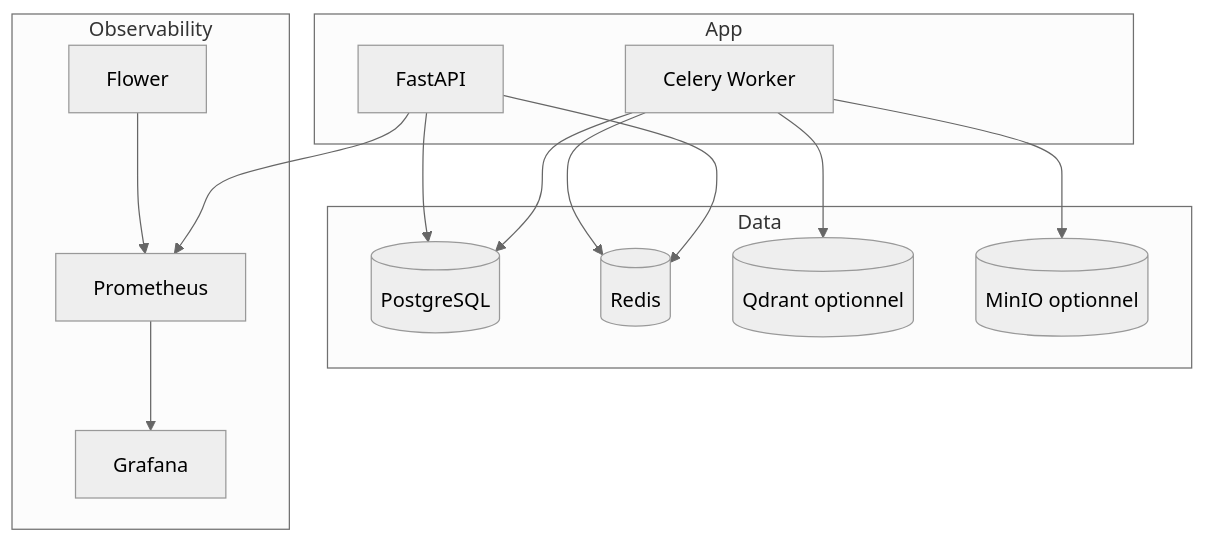
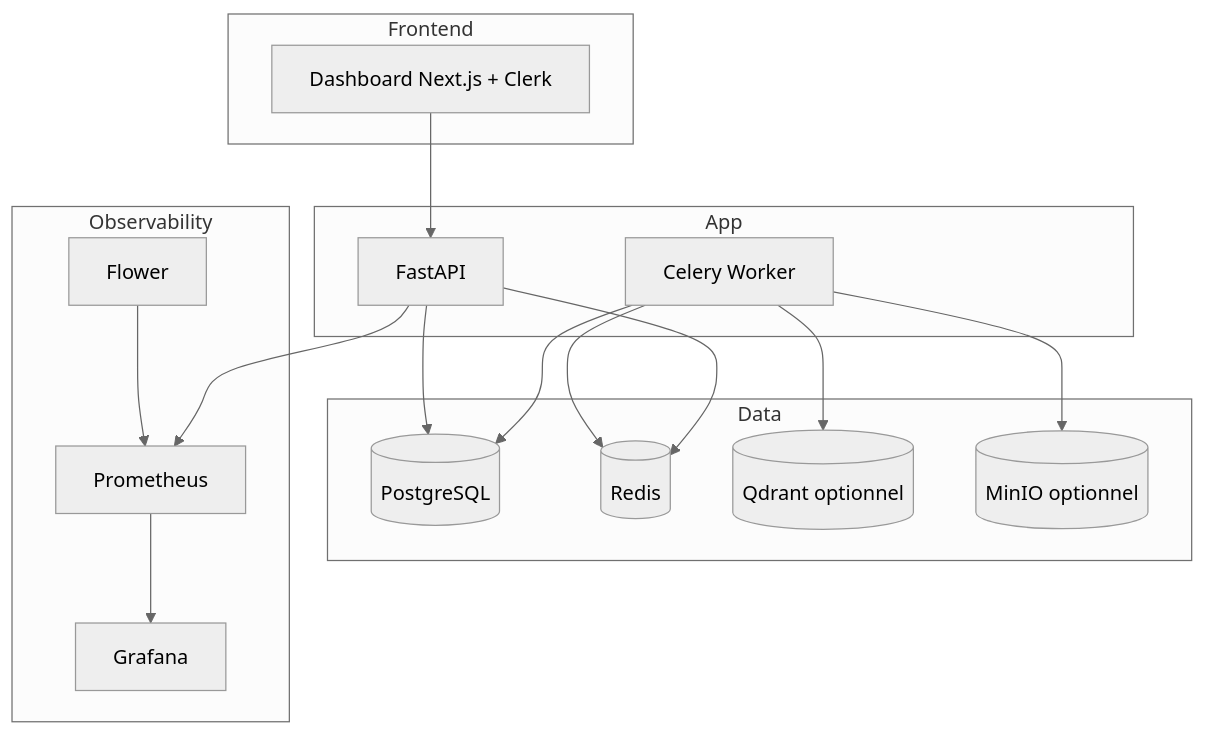
One commit to AhmedAmineBejaoui/ai-code-review-platform changed the second of 2 diagrams in README.md. Above: the diagram before and after it, drawn with Mermaid (neutral theme). The commit also changed other lines of this file and 3 other files, not shown here.

````diff
--- a/README.md
+++ b/README.md
@@ -157,27 +214,31 @@
 ```mermaid
 graph TD
+  subgraph Frontend
+    DASH[Dashboard Next.js + Clerk]
+  end
   subgraph App
     API[FastAPI]
     W[Celery Worker]
   end
   subgraph Data
     PG[(PostgreSQL)]
     RD[(Redis)]
     QD[(Qdrant optionnel)]
     MN[(MinIO optionnel)]
   end
   subgraph Observability
     PR[Prometheus]
     GF[Grafana]
     FL[Flower]
   end
+  DASH --> API
   API --> RD
   W --> RD
   W --> PG
   W --> QD
   W --> MN
   API --> PG
   API --> PR
   FL --> PR
   PR --> GF
 ```
````
